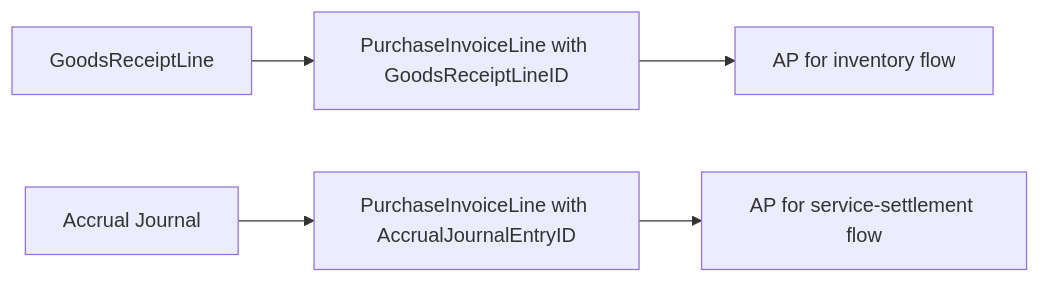
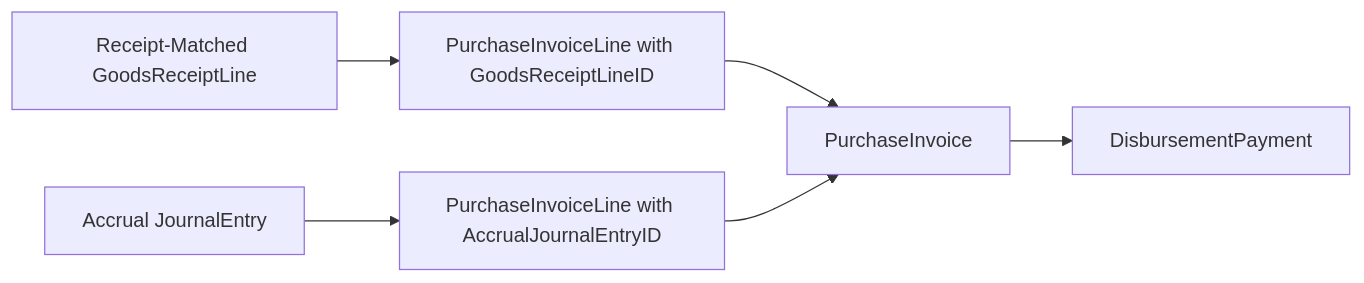
One commit to mmcodesso/greenfield_database changed the seventh of 7 diagrams in docs/processes/p2p.md. Above: the diagram before and after it, drawn with Mermaid. The commit also changed other lines of this file and 2 other files, not shown here.

````diff
--- a/docs/processes/p2p.md
+++ b/docs/processes/p2p.md
@@ -89,12 +240,12 @@
 ```mermaid
 flowchart LR
-    GR[GoodsReceiptLine]
+    GRL[Receipt-Matched GoodsReceiptLine]
     PIL1[PurchaseInvoiceLine with GoodsReceiptLineID]
-    AP1[AP for inventory flow]
-    AC[Accrual Journal]
+    AC[Accrual JournalEntry]
     PIL2[PurchaseInvoiceLine with AccrualJournalEntryID]
-    AP2[AP for service-settlement flow]
+    PI[PurchaseInvoice]
+    DP[DisbursementPayment]
 
-    GR --> PIL1 --> AP1
-    AC --> PIL2 --> AP2
+    GRL --> PIL1 --> PI --> DP
+    AC --> PIL2 --> PI
 ```
````
